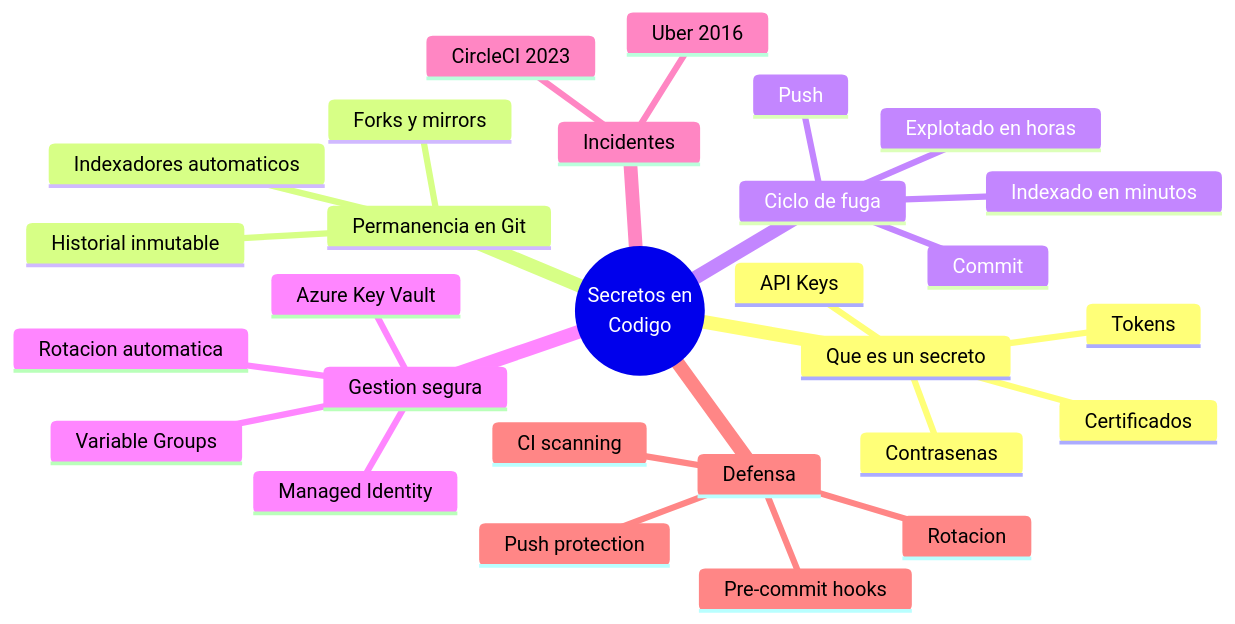
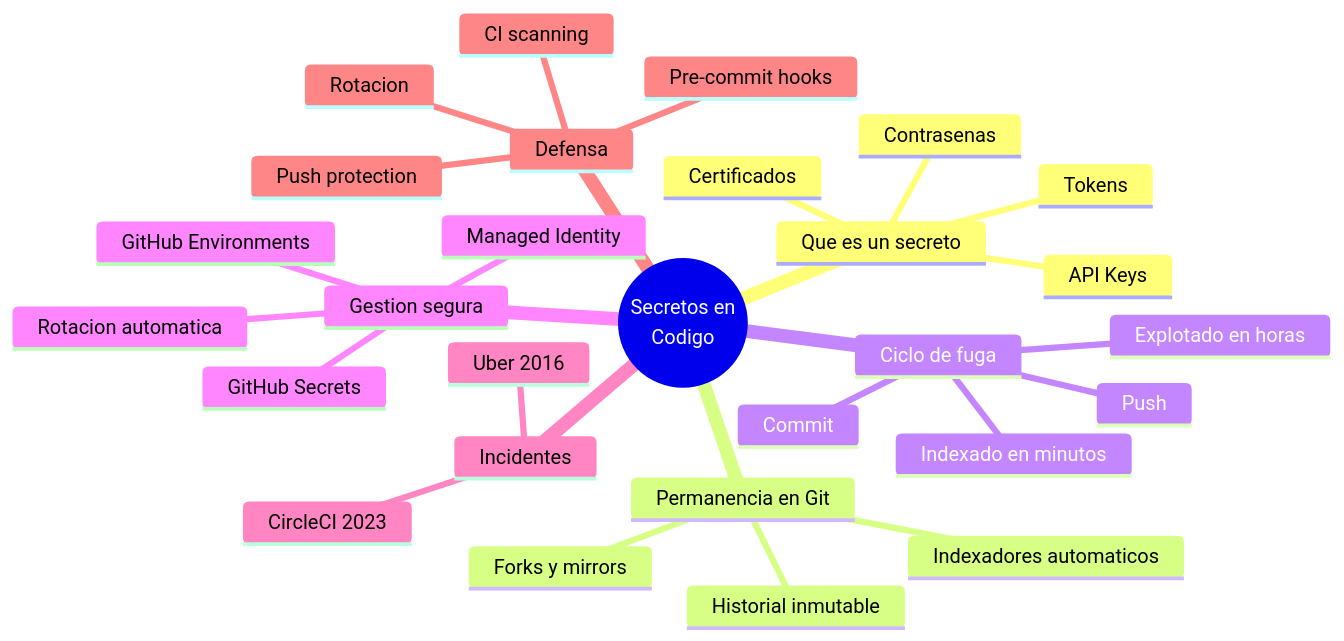
One commit to jhonsanchez/workshop-devsecops-pipelines changed the eighth of 8 diagrams in docs/concepto03-secretos/index.md. Above: the diagram before and after it, drawn with Mermaid. The commit also changed other lines of this file and 6 other files, not shown here.

````diff
--- a/docs/concepto03-secretos/index.md
+++ b/docs/concepto03-secretos/index.md
@@ -339,31 +339,31 @@
 ```mermaid
 mindmap
   root((Secretos en<br/>Codigo))
     Que es un secreto
       API Keys
       Tokens
       Contrasenas
       Certificados
     Permanencia en Git
       Historial inmutable
       Forks y mirrors
       Indexadores automaticos
     Ciclo de fuga
       Commit
       Push
       Indexado en minutos
       Explotado en horas
     Gestion segura
-      Azure Key Vault
+      GitHub Secrets
       Managed Identity
-      Variable Groups
+      GitHub Environments
       Rotacion automatica
     Incidentes
       Uber 2016
       CircleCI 2023
     Defensa
       Pre-commit hooks
       Push protection
       CI scanning
       Rotacion
 ```
````
